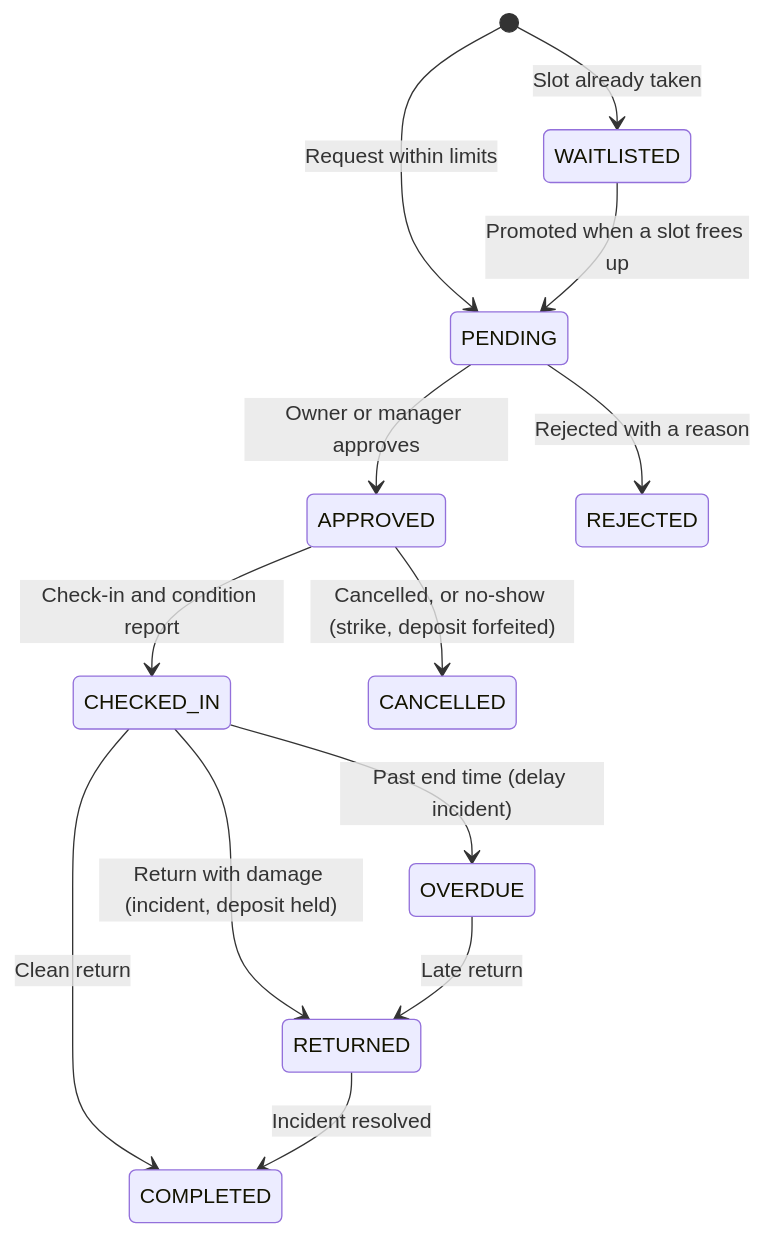
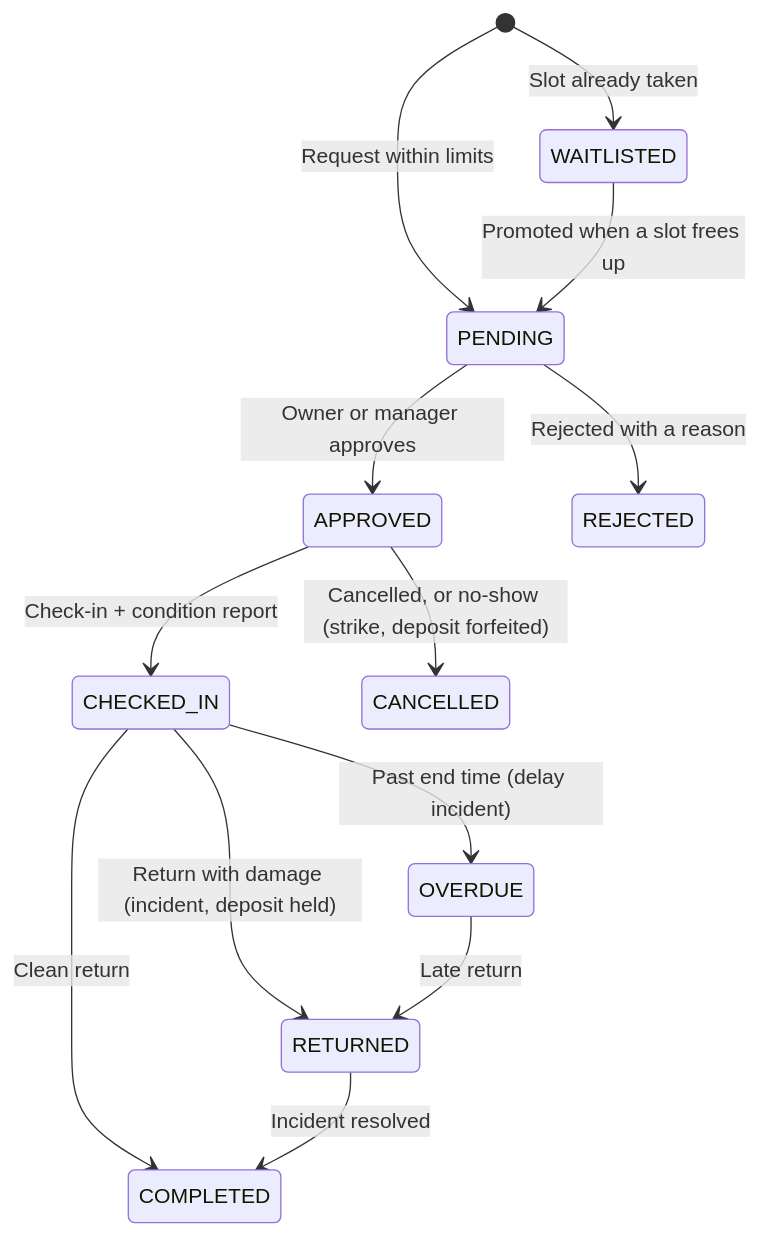
Before and after one commit to Shrey-Vhr/Code-Conqueror: the diagram in README.md, drawn with Mermaid. The commit also changed other lines of this file and 5 other files, not shown here.

````diff
--- a/README.md
+++ b/README.md
@@ -181,15 +145,15 @@
 ```mermaid
 stateDiagram-v2
     [*] --> PENDING : Request within limits
     [*] --> WAITLISTED : Slot already taken
     WAITLISTED --> PENDING : Promoted when a slot frees up
     PENDING --> APPROVED : Owner or manager approves
     PENDING --> REJECTED : Rejected with a reason
-    APPROVED --> CHECKED_IN : Check-in and condition report
+    APPROVED --> CHECKED_IN : Check-in + condition report
     APPROVED --> CANCELLED : Cancelled, or no-show (strike, deposit forfeited)
     CHECKED_IN --> COMPLETED : Clean return
     CHECKED_IN --> RETURNED : Return with damage (incident, deposit held)
     CHECKED_IN --> OVERDUE : Past end time (delay incident)
     OVERDUE --> RETURNED : Late return
     RETURNED --> COMPLETED : Incident resolved
 ```
````
